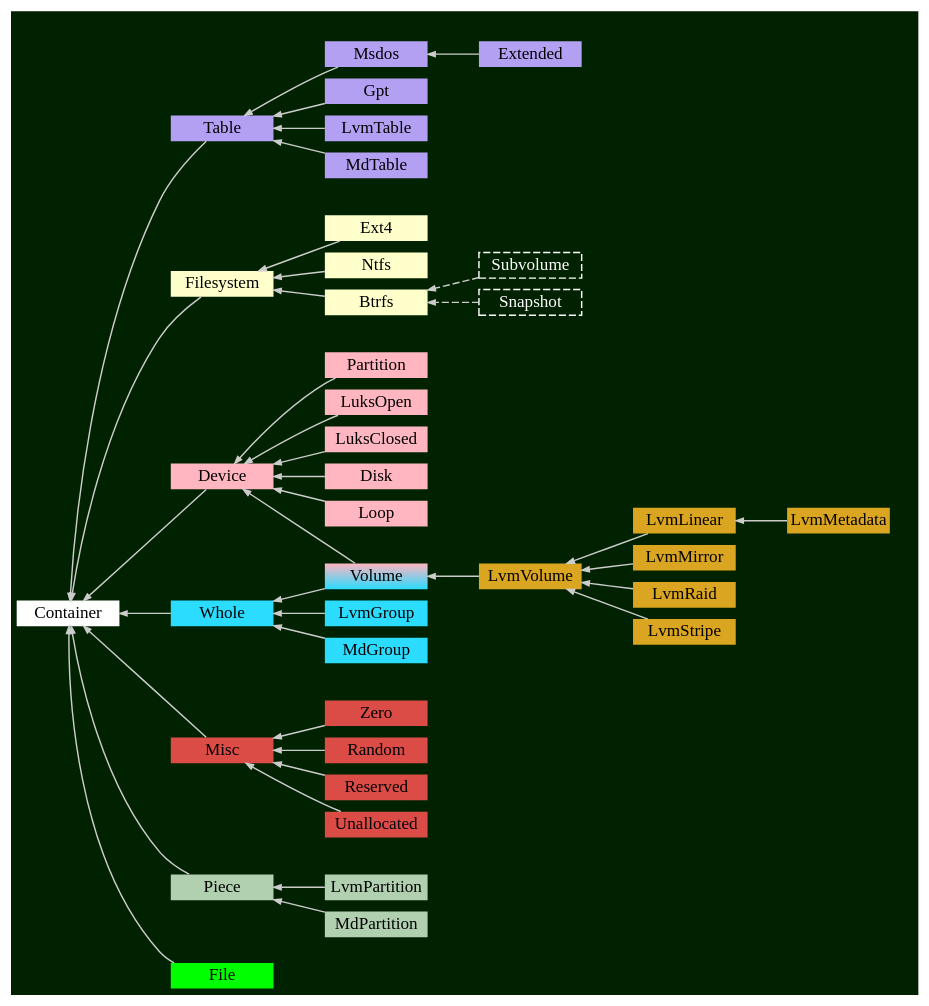
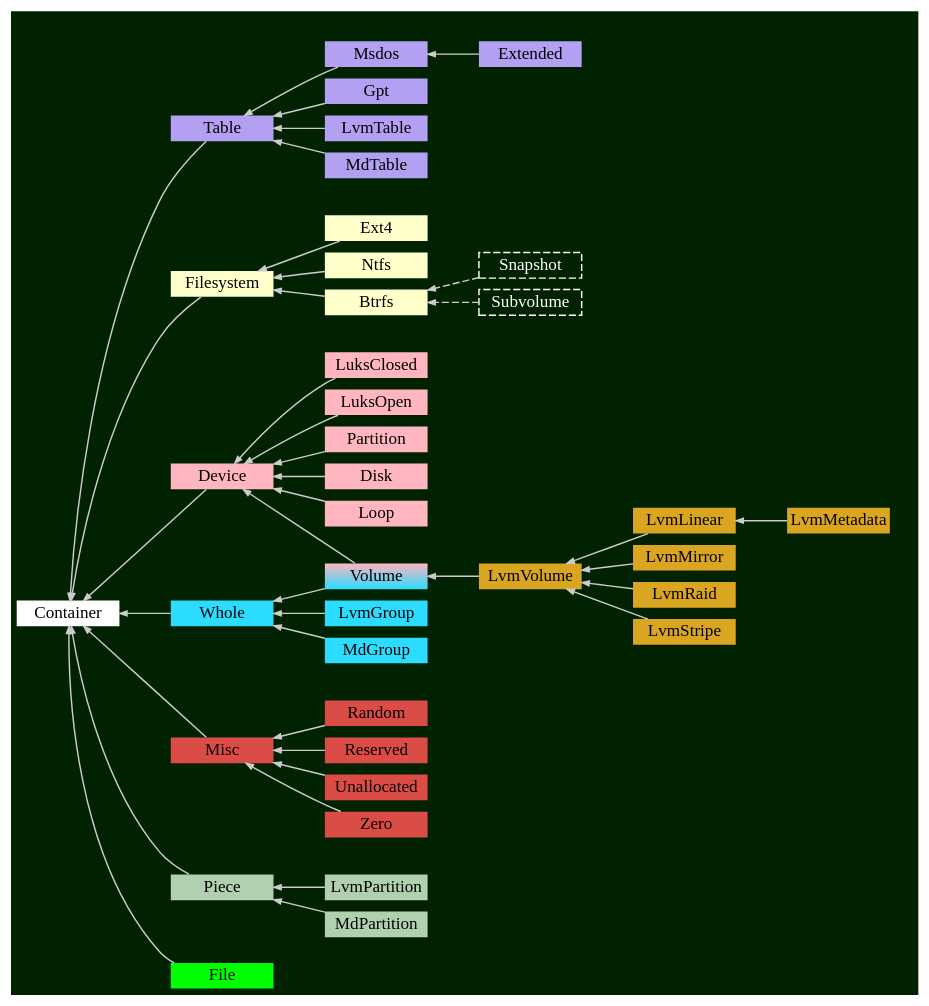
One commit to flatcap/dparted changed the diagram in gfx/class_dparted4.gv. Above: the diagram before and after it, drawn with Graphviz. The commit also changed other lines of this file and 20 other files, not shown here.

```diff
--- a/gfx/class_dparted4.gv
+++ b/gfx/class_dparted4.gv
@@ -1,134 +1,134 @@
 digraph G
 {
 	graph [ rankdir="RL" bgcolor="#002200", color=white nodesep=0.1 ranksep=0.5 ];
 	node  [ shape=record fontsize=12 style=filled color=white width="1.0" height="0.25" fixedsize=true penwidth=0 ];
 	edge  [ penwidth=1.0 color="#CCCCCC" arrowsize=0.5 ];
 
 	Container      [ fillcolor="#FFFFFF" ];
 
-	Table          [ fillcolor="#B4A0F3" ];
-	Msdos          [ fillcolor="#B4A0F3" ];
 	Extended       [ fillcolor="#B4A0F3" ];
 	Gpt            [ fillcolor="#B4A0F3" ];
 	LvmTable       [ fillcolor="#B4A0F3" ];
 	MdTable        [ fillcolor="#B4A0F3" ];
+	Msdos          [ fillcolor="#B4A0F3" ];
+	Table          [ fillcolor="#B4A0F3" ];
 
+	Btrfs          [ fillcolor="#FFFFCC" ];
+	Ext4           [ fillcolor="#FFFFCC" ];
 	Filesystem     [ fillcolor="#FFFFCC" ];
-	Ext4           [ fillcolor="#FFFFCC" ];
-	Btrfs          [ fillcolor="#FFFFCC" ];
 	Ntfs           [ fillcolor="#FFFFCC" ];
 
+	BtrfsSnapshot  [ label="Snapshot"  fontcolor=white style=dashed penwidth=1 ];
 	BtrfsSubvolume [ label="Subvolume" fontcolor=white style=dashed penwidth=1 ];
-	BtrfsSnapshot  [ label="Snapshot"  fontcolor=white style=dashed penwidth=1 ];
 
+	Volume         [ fillcolor="#2BDCFF:#FFB6C1" gradientangle=90 ];
 	Whole          [ fillcolor="#2BDCFF" ];
-	Volume         [ fillcolor="#2BDCFF:#FFB6C1" gradientangle=90 ];
 
 	LvmLinear      [ fillcolor="#DAA520" ];
 	LvmMetadata    [ fillcolor="#DAA520" ];
 	LvmMirror      [ fillcolor="#DAA520" ];
 	LvmRaid        [ fillcolor="#DAA520" ];
 	LvmStripe      [ fillcolor="#DAA520" ];
 	LvmVolume      [ fillcolor="#DAA520" ];
 
 	Device         [ fillcolor="#FFB6C1" ];
+	LuksClosed     [ fillcolor="#FFB6C1" ];
+	LuksOpen       [ fillcolor="#FFB6C1" ];
 	Partition      [ fillcolor="#FFB6C1" ];
-	LuksOpen       [ fillcolor="#FFB6C1" ];
-	LuksClosed     [ fillcolor="#FFB6C1" ];
 
 	Disk           [ fillcolor="#FFB6C1" ];
 	Loop           [ fillcolor="#FFB6C1" ];
 
 	Misc           [ fillcolor="#DC4C46" ];
-	Zero           [ fillcolor="#DC4C46" ];
 	Random         [ fillcolor="#DC4C46" ];
 	Reserved       [ fillcolor="#DC4C46" ];
 	Unallocated    [ fillcolor="#DC4C46" ];
+	Zero           [ fillcolor="#DC4C46" ];
 
-	Piece          [ fillcolor="#B0D0B0" ];
 	LvmPartition   [ fillcolor="#B0D0B0" ];
 	MdPartition    [ fillcolor="#B0D0B0" ];
+	Piece          [ fillcolor="#B0D0B0" ];
 
 	LvmGroup       [ fillcolor="#2BDCFF" ];
 	MdGroup        [ fillcolor="#2BDCFF" ];
 
 	File           [ fillcolor="#00FF00" ];
 
+	Device     -> Container;
 	Filesystem -> Container;
+	Misc       -> Container;
+	Piece      -> Container;
 	Table      -> Container;
 	Whole      -> Container;
-	Device     -> Container;
-	Misc       -> Container;
-	Piece      -> Container;
 
 	File       -> Container;
 
 	LvmVolume  -> Volume;
 
 	subgraph cluster_1 {
 		color = transparent;
 
 		Extended             -> Msdos;
 
 		Gpt                  -> Table;
 		LvmTable             -> Table;
 		MdTable              -> Table;
 		Msdos                -> Table;
 	}
 
 	subgraph cluster_2 {
 		color = transparent;
 
 		Ext4                 -> Filesystem;
+		Ntfs                 -> Filesystem;
 		Btrfs                -> Filesystem;
-		Ntfs                 -> Filesystem;
 
 		BtrfsSubvolume       -> Btrfs [ style=dashed ];
 		BtrfsSnapshot        -> Btrfs [ style=dashed ];
 	}
 
 	subgraph cluster_3 {
 		color = transparent;
 
 		Zero                 -> Misc;
 		Random               -> Misc;
 		Reserved             -> Misc;
 		Unallocated          -> Misc;
 	}
 
 	subgraph cluster_4 {
 		color = transparent;
 
 		LvmPartition         -> Piece;
 		MdPartition          -> Piece;
 	}
 
 	subgraph cluster_5 {
 		color = transparent;
 
 		LvmMetadata          -> LvmLinear;
 		LvmLinear            -> LvmVolume;
 		LvmMirror            -> LvmVolume;
 		LvmRaid              -> LvmVolume;
 		LvmStripe            -> LvmVolume;
 	}
 
 	subgraph cluster_6 {
 		color = transparent;
 
 		LvmGroup             -> Whole;
 		MdGroup              -> Whole;
 		Volume               -> Whole;
 	}
 
 	subgraph cluster_7 {
 		color = transparent;
 
 		Partition            -> Device;
 		LuksOpen             -> Device;
 		LuksClosed           -> Device;
 		Disk                 -> Device;
 		Loop                 -> Device;
 		Volume               -> Device;
 	}
 }
```
